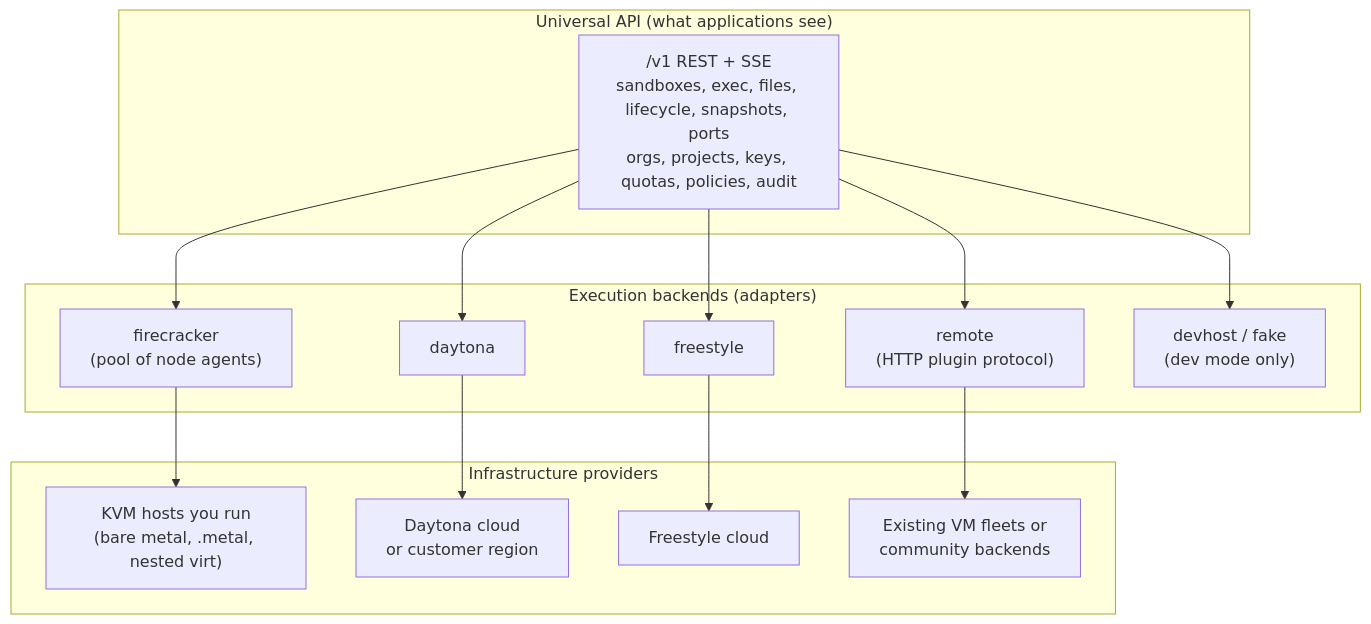
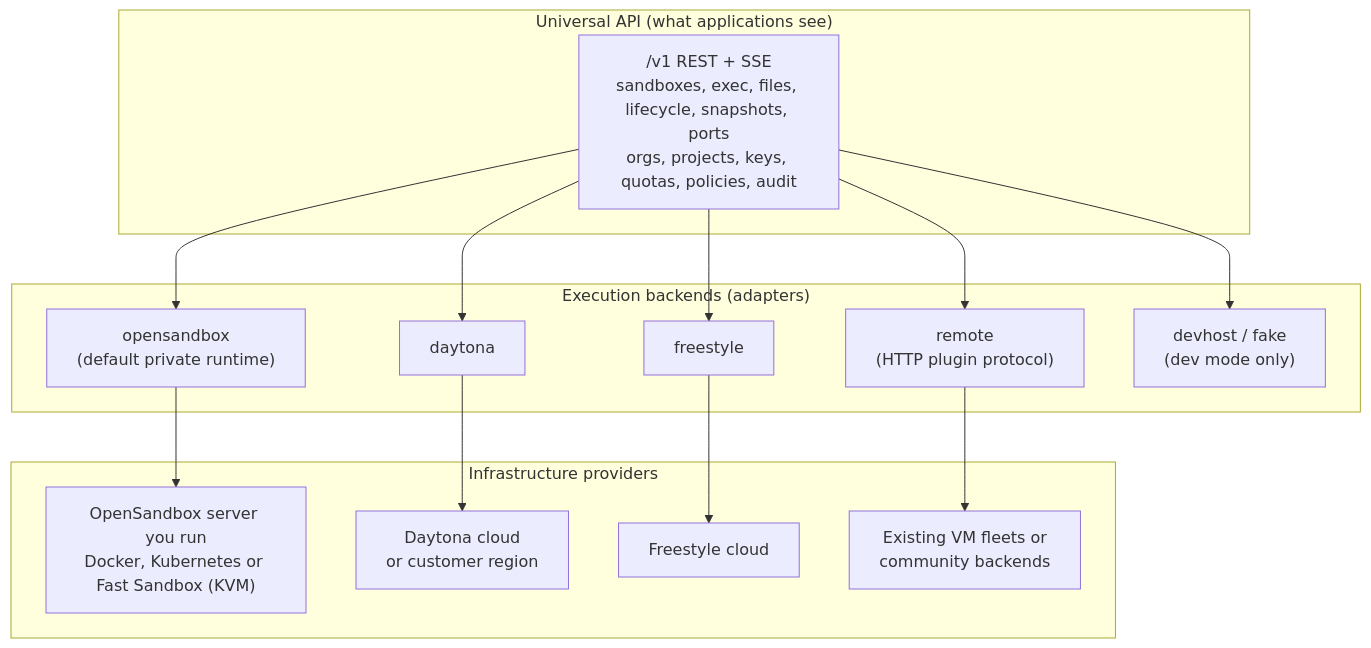
One commit to different-ai/differently changed the first of 5 diagrams in docs/architecture/README.md. Above: the diagram before and after it, drawn with Mermaid. The commit also changed other lines of this file and 136 other files, not shown here.

````diff
--- a/docs/architecture/README.md
+++ b/docs/architecture/README.md
@@ -53,24 +78,24 @@
 ```mermaid
 flowchart TB
   subgraph L3["Universal API (what applications see)"]
     API["/v1 REST + SSE<br/>sandboxes, exec, files, lifecycle, snapshots, ports<br/>orgs, projects, keys, quotas, policies, audit"]
   end
   subgraph L2["Execution backends (adapters)"]
-    FC["firecracker<br/>(pool of node agents)"]
+    OS["opensandbox<br/>(default private runtime)"]
     DT["daytona"]
     FS["freestyle"]
     RM["remote<br/>(HTTP plugin protocol)"]
     DV["devhost / fake<br/>(dev mode only)"]
   end
   subgraph L1["Infrastructure providers"]
-    KVM["KVM hosts you run<br/>(bare metal, .metal, nested virt)"]
+    OSB["OpenSandbox server you run<br/>Docker, Kubernetes or Fast Sandbox (KVM)"]
     DTC["Daytona cloud<br/>or customer region"]
     FSC["Freestyle cloud"]
     EXT["Existing VM fleets or<br/>community backends"]
   end
-  API --> FC & DT & FS & RM & DV
-  FC --> KVM
+  API --> OS & DT & FS & RM & DV
+  OS --> OSB
   DT --> DTC
   FS --> FSC
   RM --> EXT
 ```
````
